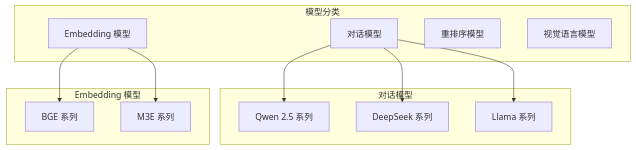
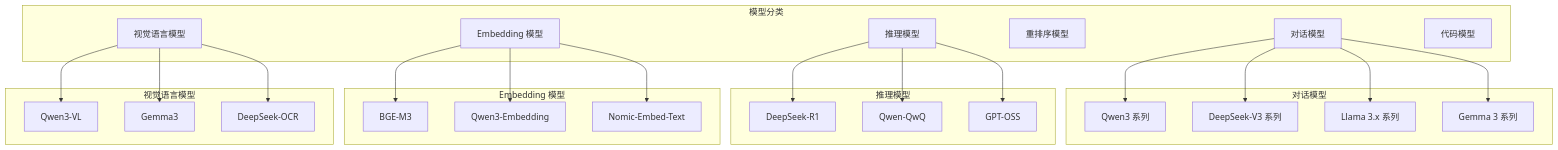
The fourth of 17 diagrams in 开发计划/服务设计/02-inference-service-design.md (hanwei808/ai-product-production-guide), drawn with Mermaid before and after one commit. The commit also changed other lines of this file and 6 other files, not shown here.

````diff
--- a/开发计划/服务设计/02-inference-service-design.md
+++ b/开发计划/服务设计/02-inference-service-design.md
@@ -145,26 +146,50 @@
 ```mermaid
 graph TD
     subgraph 模型分类
         Chat[对话模型]
+        Reasoning[推理模型]
         Embed[Embedding 模型]
         Rerank[重排序模型]
         VLM[视觉语言模型]
+        Code[代码模型]
     end
 
     subgraph 对话模型
-        Qwen[Qwen 2.5 系列]
-        DeepSeek[DeepSeek 系列]
-        Llama[Llama 系列]
+        Qwen3[Qwen3 系列]
+        DeepSeek[DeepSeek-V3 系列]
+        Llama[Llama 3.x 系列]
+        Gemma[Gemma 3 系列]
+    end
+
+    subgraph 推理模型
+        DeepSeekR1[DeepSeek-R1]
+        QwQ[Qwen-QwQ]
+        GPTOSS[GPT-OSS]
     end
 
     subgraph Embedding 模型
-        BGE[BGE 系列]
-        M3E[M3E 系列]
+        BGE[BGE-M3]
+        QwenEmbed[Qwen3-Embedding]
+        NomicEmbed[Nomic-Embed-Text]
     end
 
-    Chat --> Qwen
+    subgraph 视觉语言模型
+        Qwen3VL[Qwen3-VL]
+        Gemma3[Gemma3]
+        DeepSeekOCR[DeepSeek-OCR]
+    end
+
+    Chat --> Qwen3
     Chat --> DeepSeek
     Chat --> Llama
+    Chat --> Gemma
+    Reasoning --> DeepSeekR1
+    Reasoning --> QwQ
+    Reasoning --> GPTOSS
     Embed --> BGE
-    Embed --> M3E
+    Embed --> QwenEmbed
+    Embed --> NomicEmbed
+    VLM --> Qwen3VL
+    VLM --> Gemma3
+    VLM --> DeepSeekOCR
 ```
````
